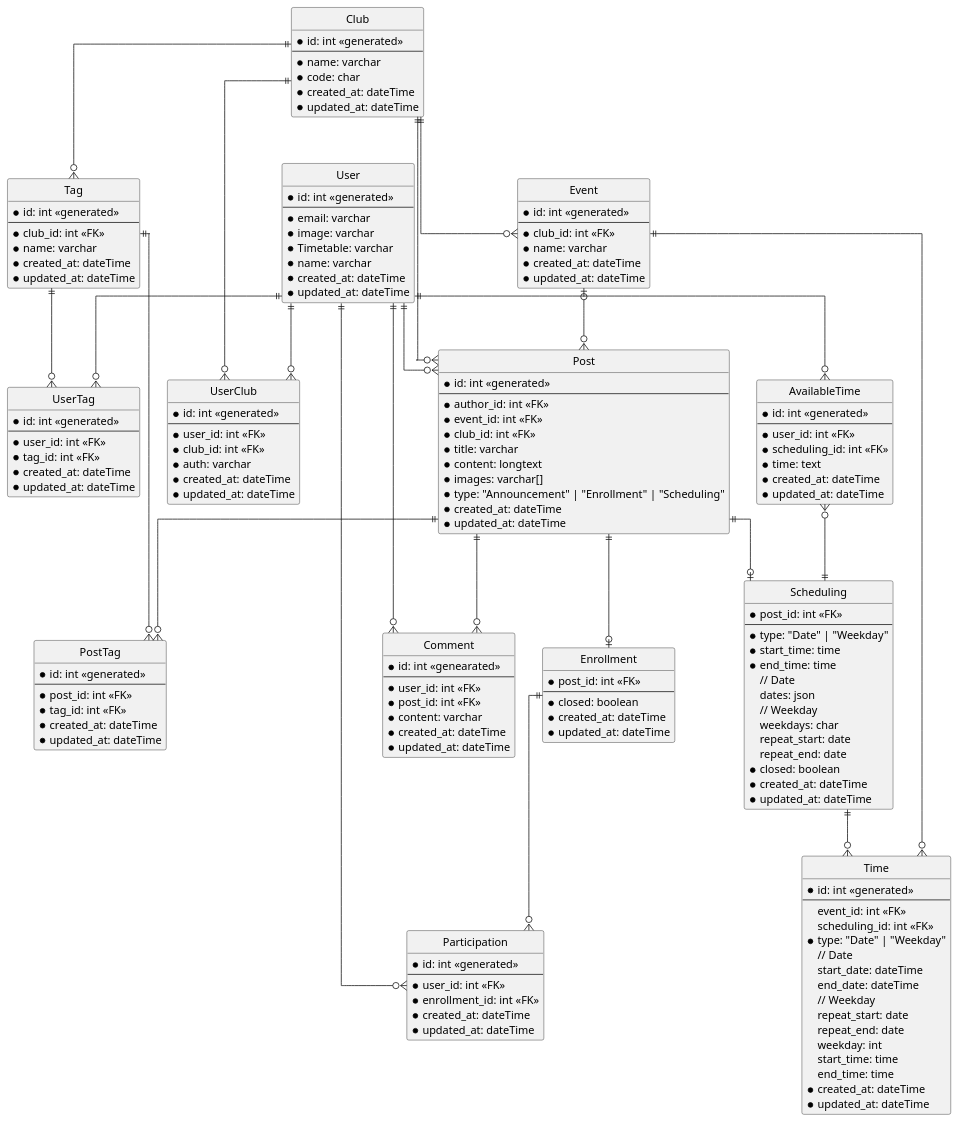
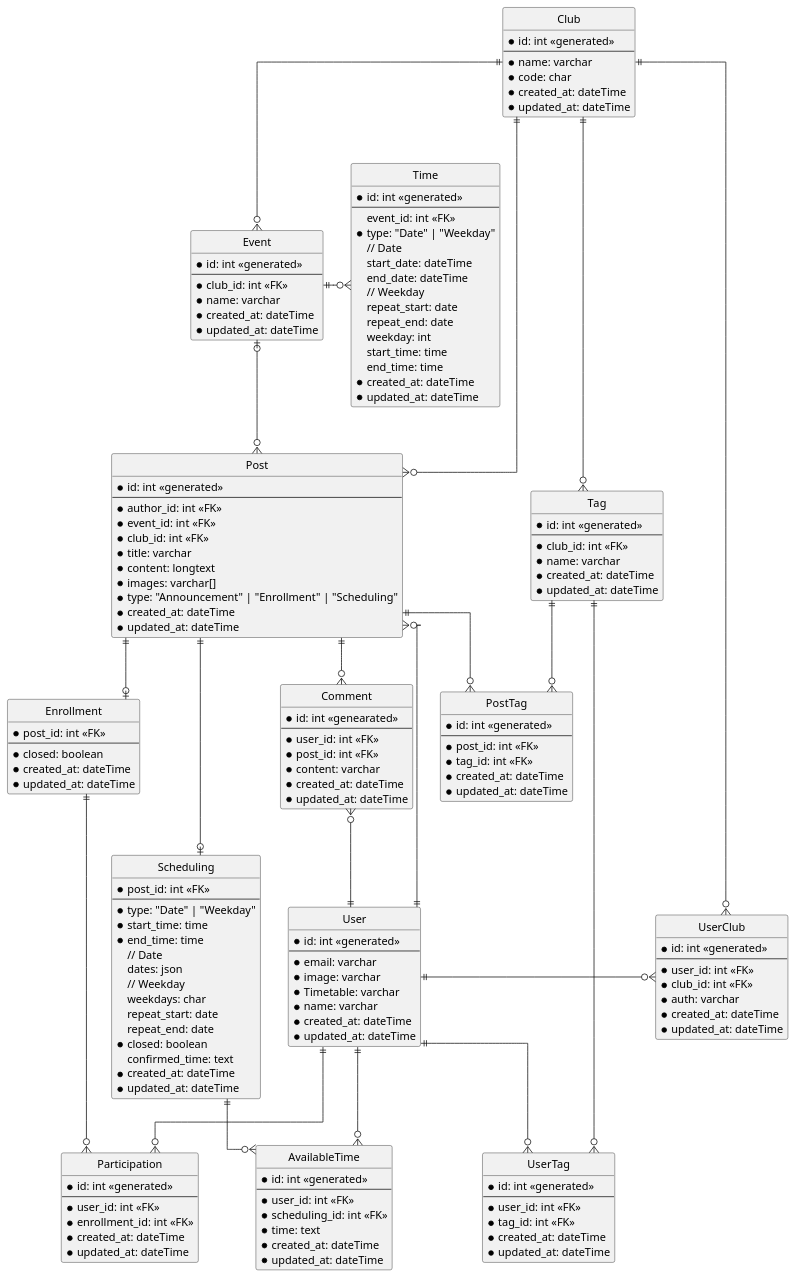
The diagram in udong-backend/docs/db-schema.puml (swsnu/swppfall2022-team1), drawn with PlantUML before and after one commit. The commit also changed 1 other file, not shown here.

Commit message:
:memo: Update uml diagram about scheduling.confirmed_time (#222)

```diff
--- a/udong-backend/docs/db-schema.puml
+++ b/udong-backend/docs/db-schema.puml
@@ -1,180 +1,179 @@
 @startuml Udong
 hide circle
 
 skinparam linetype ortho
 
 entity User {
   *id: int <<generated>>
   --
   *email: varchar
   *image: varchar
   *Timetable: varchar
   *name: varchar
   *created_at: dateTime
   *updated_at: dateTime
 }
 
 entity Club {
   *id: int <<generated>>
   --
   *name: varchar
   *code: char
   *created_at: dateTime
   *updated_at: dateTime
 }
 
 entity UserClub {
   *id: int <<generated>>
   --
   *user_id: int <<FK>>
   *club_id: int <<FK>>
   *auth: varchar
   *created_at: dateTime
   *updated_at: dateTime
 }
 
 entity Event {
   *id: int <<generated>>
   --
   *club_id: int <<FK>>
   *name: varchar
   *created_at: dateTime
   *updated_at: dateTime
 }
 
 entity Time {
   *id: int <<generated>>
   --
   event_id: int <<FK>>
-  scheduling_id: int <<FK>>
   *type: "Date" | "Weekday"
   // Date
   start_date: dateTime
   end_date: dateTime
   // Weekday
   repeat_start: date
   repeat_end: date
   weekday: int
   start_time: time
   end_time: time
   *created_at: dateTime
   *updated_at: dateTime
 }
 
 entity Tag {
   *id: int <<generated>>
   --
   *club_id: int <<FK>>
   *name: varchar
   *created_at: dateTime
   *updated_at: dateTime
 }
 
 entity UserTag {
   *id: int <<generated>>
   --
   *user_id: int <<FK>>
   *tag_id: int <<FK>>
   *created_at: dateTime
   *updated_at: dateTime
 }
 
 entity Post {
   *id: int <<generated>>
   --
   *author_id: int <<FK>>
   *event_id: int <<FK>>
   *club_id: int <<FK>>
   *title: varchar
   *content: longtext
   *images: varchar[]
   *type: "Announcement" | "Enrollment" | "Scheduling"
   *created_at: dateTime
   *updated_at: dateTime
 }
 
 entity Enrollment {
   *post_id: int <<FK>>
   --
   *closed: boolean
   *created_at: dateTime
   *updated_at: dateTime
 }
 
 entity Scheduling {
   *post_id: int <<FK>>
   --
   *type: "Date" | "Weekday"
   *start_time: time
   *end_time: time
   // Date
   dates: json
   // Weekday
   weekdays: char
   repeat_start: date
   repeat_end: date
   *closed: boolean
+  confirmed_time: text
   *created_at: dateTime
   *updated_at: dateTime
 }
 
 entity Participation {
   *id: int <<generated>>
   --
   *user_id: int <<FK>>
   *enrollment_id: int <<FK>>
   *created_at: dateTime
   *updated_at: dateTime
 }
 
 entity AvailableTime {
   *id: int <<generated>>
   --
   *user_id: int <<FK>>
   *scheduling_id: int <<FK>>
   *time: text
   *created_at: dateTime
   *updated_at: dateTime
 }
 
 entity Comment {
   *id: int <<genearated>>
   --
   *user_id: int <<FK>>
   *post_id: int <<FK>>
   *content: varchar
   *created_at: dateTime
   *updated_at: dateTime
 }
 
 entity PostTag {
   *id: int <<generated>>
   --
   *post_id: int <<FK>>
   *tag_id: int <<FK>>
   *created_at: dateTime
   *updated_at: dateTime
 }
 
-User ||--o{ UserClub
+User ||-r-o{ UserClub
 Club ||--o{ UserClub
 Club ||--o{ Event
-Time }o-left-|| Event
+Time }o-r-|| Event
 User ||--o{ UserTag
 Tag ||--o{ UserTag
 Event |o-down-o{ Post
-Post }o-up-|| User
+Post }o-left-|| User
 Enrollment |o-up-|| Post
 Scheduling |o-up-|| Post
-Scheduling ||--o{ Time
 User ||--o{ Participation
 Enrollment ||--o{ Participation
 User ||--o{ AvailableTime
-AvailableTime }o-d-|| Scheduling
-User ||--o{ Comment
+AvailableTime }o-l-|| Scheduling
+Comment }o--|| User
 Post ||--o{ PostTag
 Tag }o-up-|| Club
 Tag ||--o{ PostTag
 Post ||--o{ Comment
 Post }o--|| Club
 @enduml
```
